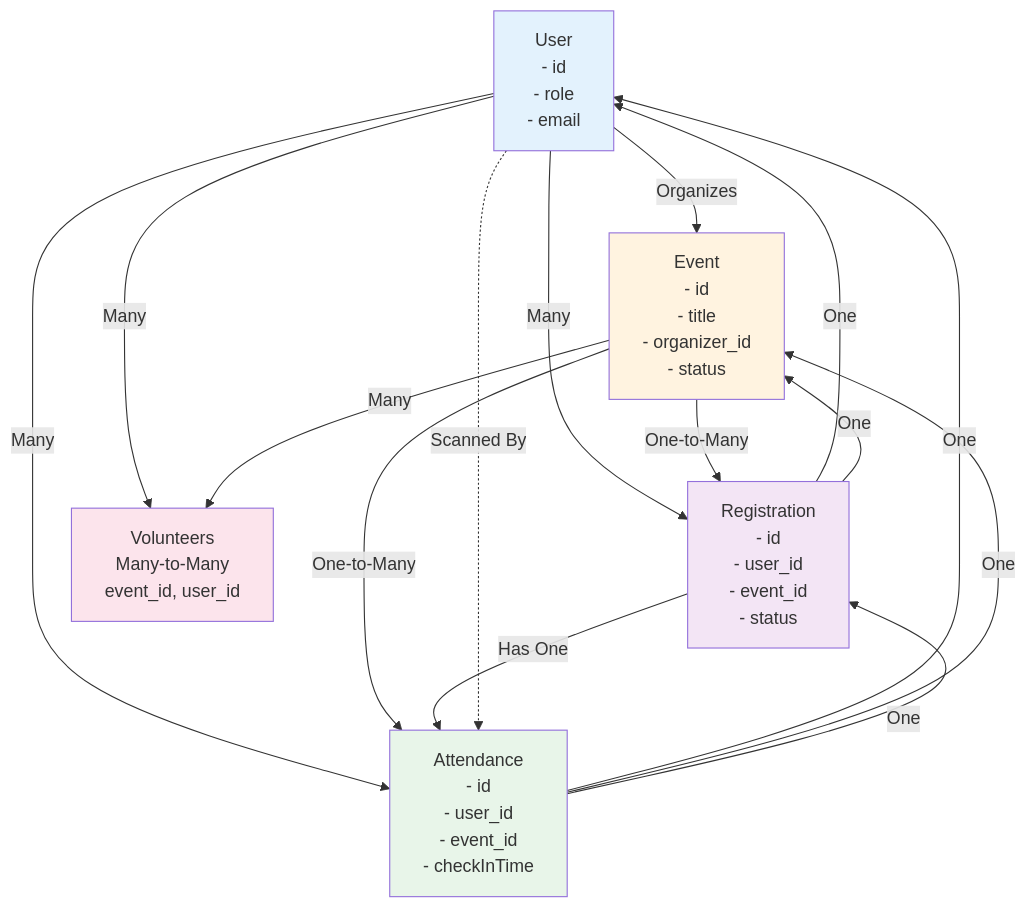
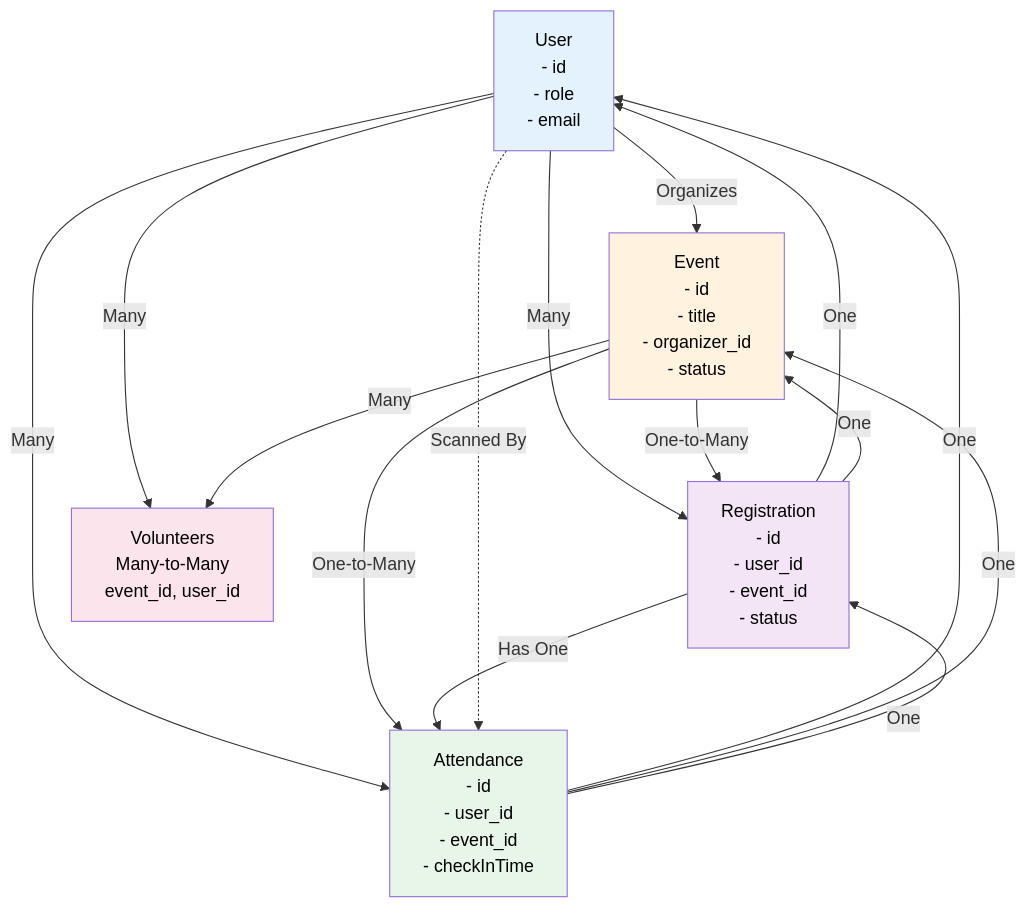
The tenth of 16 diagrams in LLD_DIA.md (shashankpandey04/event_manager), drawn with Mermaid before and after one commit. The commit also changed other lines of this file, not shown here.

Commit message:
fix: Update style attributes in LLD flow diagrams for consistent color formatting

````diff
--- a/LLD_DIA.md
+++ b/LLD_DIA.md
@@ -252,30 +252,30 @@
 ```mermaid
 graph TD
     U["User<br/>- id<br/>- role<br/>- email"]
     E["Event<br/>- id<br/>- title<br/>- organizer_id<br/>- status"]
     R["Registration<br/>- id<br/>- user_id<br/>- event_id<br/>- status"]
     A["Attendance<br/>- id<br/>- user_id<br/>- event_id<br/>- checkInTime"]
     V["Volunteers<br/>Many-to-Many<br/>event_id, user_id"]
     
     U -->|Organizes| E
     U -->|Many| R
     U -->|Many| A
     U -->|Many| V
     E -->|One-to-Many| R
     E -->|One-to-Many| A
     E -->|Many| V
     R -->|One| U
     R -->|One| E
     R -->|Has One| A
     A -->|One| U
     A -->|One| E
     A -->|One| R
     
     U -.->|Scanned By| A
     
-    style U fill:#e3f2fd
-    style E fill:#fff3e0
-    style R fill:#f3e5f5
-    style A fill:#e8f5e9
-    style V fill:#fce4ec
+    style U fill:#e3f2fd,color:#000000
+    style E fill:#fff3e0,color:#000000
+    style R fill:#f3e5f5,color:#000000
+    style A fill:#e8f5e9,color:#000000
+    style V fill:#fce4ec,color:#000000
 ```
````
